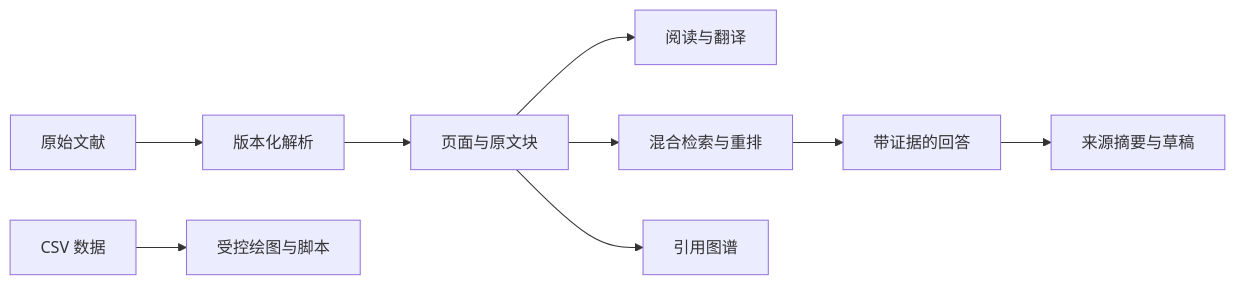
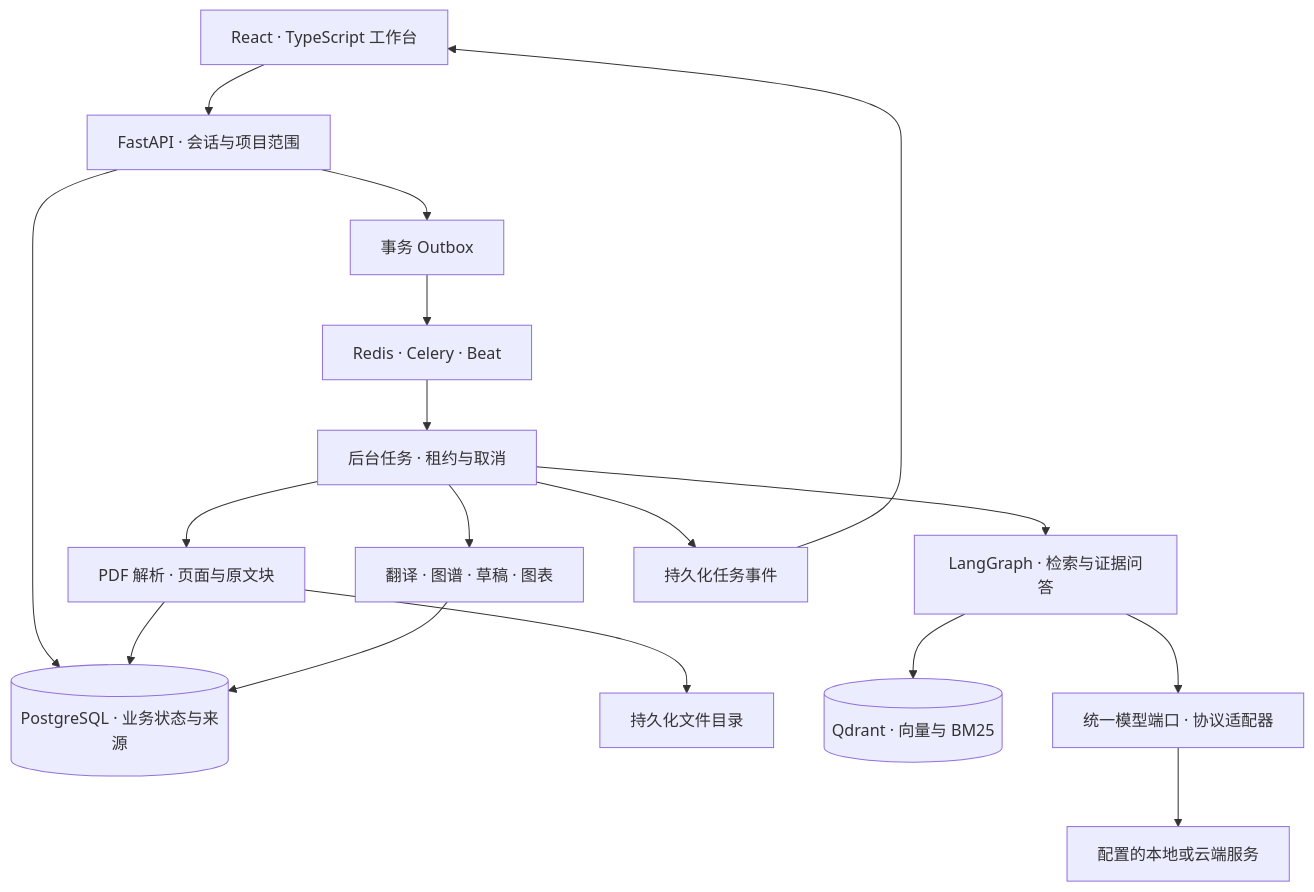
The diagram in README.md (JingleiCui/ScholarShip), drawn with Mermaid before and after one commit. The commit also changed other lines of this file and 74 other files, not shown here.

````diff
--- a/README.md
+++ b/README.md
@@ -99,11 +40,19 @@
 ```mermaid
-flowchart LR
-    PDF[原始文献] --> Parse[版本化解析]
-    Parse --> Blocks[页面与原文块]
-    Blocks --> Read[阅读与翻译]
-    Blocks --> Index[混合检索与重排]
-    Index --> QA[带证据的回答]
-    Blocks --> Graph[引用图谱]
-    QA --> Draft[来源摘要与草稿]
-    CSV[CSV 数据] --> Plot[受控绘图与脚本]
+flowchart TB
+    UI[React · TypeScript 工作台] --> API[FastAPI · 会话与项目范围]
+    API --> PG[(PostgreSQL · 业务状态与来源)]
+    API --> Outbox[事务 Outbox]
+    Outbox --> Queue[Redis · Celery · Beat]
+    Queue --> Worker[后台任务 · 租约与取消]
+    Worker --> Parse[PDF 解析 · 页面与原文块]
+    Parse --> Files[持久化文件目录]
+    Parse --> PG
+    Worker --> RAG[LangGraph · 检索与证据问答]
+    RAG --> Qdrant[(Qdrant · 向量与 BM25)]
+    RAG --> Models[统一模型端口 · 协议适配器]
+    Models --> Providers[配置的本地或云端服务]
+    Worker --> Artifacts[翻译 · 图谱 · 草稿 · 图表]
+    Artifacts --> PG
+    Worker --> Events[持久化任务事件]
+    Events --> UI
 ```
````
